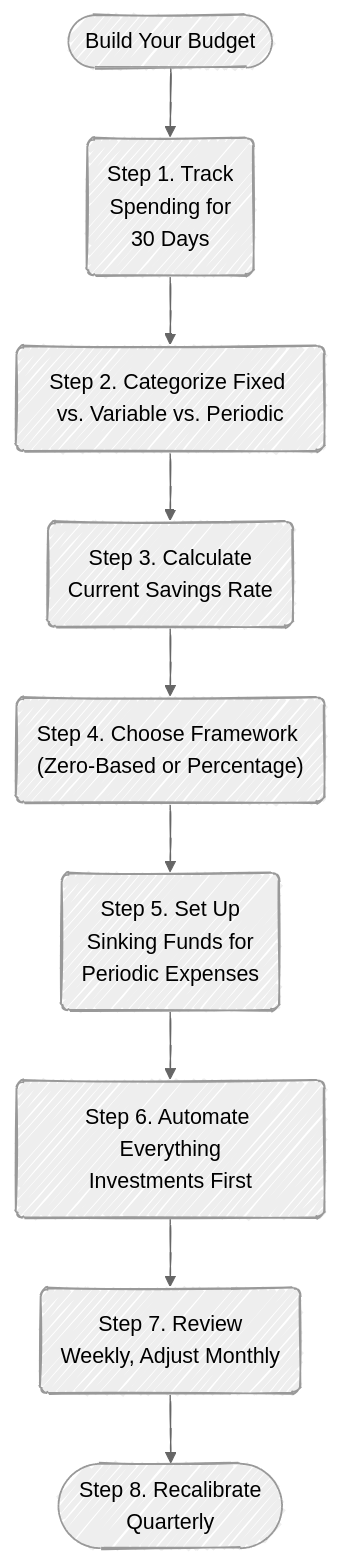
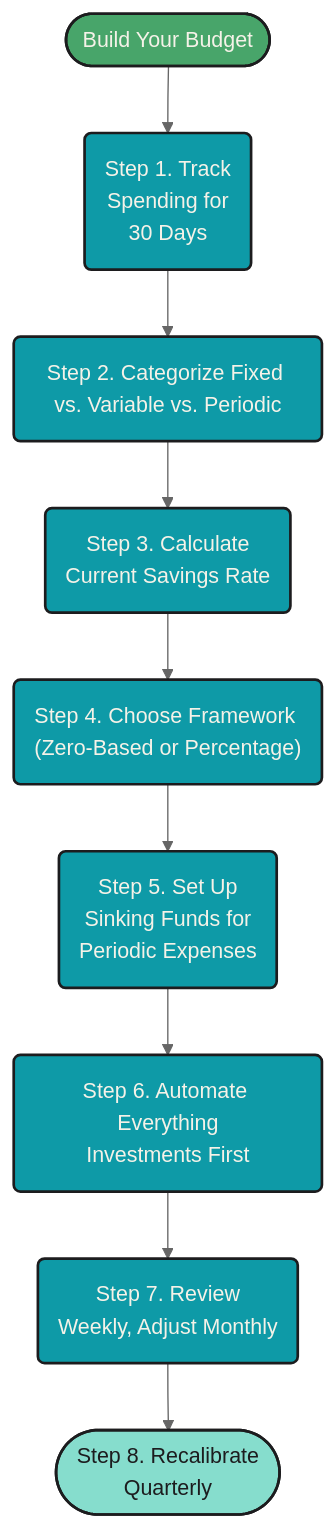
One commit to mjfrigaard/fm-finance changed the sixth of 6 diagrams in budgeting.qmd. Above: the diagram before and after it, drawn with Mermaid. The commit also changed other lines of this file and 5 other files, not shown here.

Commit message:
updates to mermaid

````diff
--- a/budgeting.qmd
+++ b/budgeting.qmd
@@ -554,15 +597,24 @@
 ```{mermaid}
 %%| fig-cap: 'Put It All Together'
 %%| fig-align: center
-%%{init: {'theme': 'neutral', 'look': 'handDrawn', 'themeVariables': { 'fontFamily': 'monospace', "fontSize":"16px"}}}%%
+%%{init: {'theme': 'neutral', 'themeVariables': { 'fontFamily': 'monospace', "fontSize":"16px"}}}%%
 
 flowchart TD
     Start(["Build Your Budget"]) --> Step1("Step 1. Track<br>Spending for<br>30 Days")
     Step1 --> Step2("Step 2. Categorize Fixed vs. Variable vs. Periodic")
     Step2 --> Step3("Step 3. Calculate<br>Current Savings Rate")
     Step3 --> Step4("Step 4. Choose Framework (Zero-Based or Percentage)")
     Step4 --> Step5("Step 5. Set Up<br>Sinking Funds for<br>Periodic Expenses")
     Step5 --> Step6("Step 6. Automate Everything<br>Investments First")
     Step6 --> Step7("Step 7. Review<br>Weekly, Adjust Monthly")
     Step7 --> Step8(["Step 8. Recalibrate<br>Quarterly"])
+    style Start fill:#48a56a,color:#F5F2E8,stroke:#1C1C1E,stroke-width:2px
+    style Step1 fill:#0e9aa7,color:#F5F2E8,stroke:#1C1C1E,stroke-width:2px
+    style Step2 fill:#0e9aa7,color:#F5F2E8,stroke:#1C1C1E,stroke-width:2px
+    style Step3 fill:#0e9aa7,color:#F5F2E8,stroke:#1C1C1E,stroke-width:2px
+    style Step4 fill:#0e9aa7,color:#F5F2E8,stroke:#1C1C1E,stroke-width:2px
+    style Step5 fill:#0e9aa7,color:#F5F2E8,stroke:#1C1C1E,stroke-width:2px
+    style Step6 fill:#0e9aa7,color:#F5F2E8,stroke:#1C1C1E,stroke-width:2px
+    style Step7 fill:#0e9aa7,color:#F5F2E8,stroke:#1C1C1E,stroke-width:2px
+    style Step8 fill:#86ddcd,color:#1C1C1E,stroke:#1C1C1E,stroke-width:2px
 ```
````
